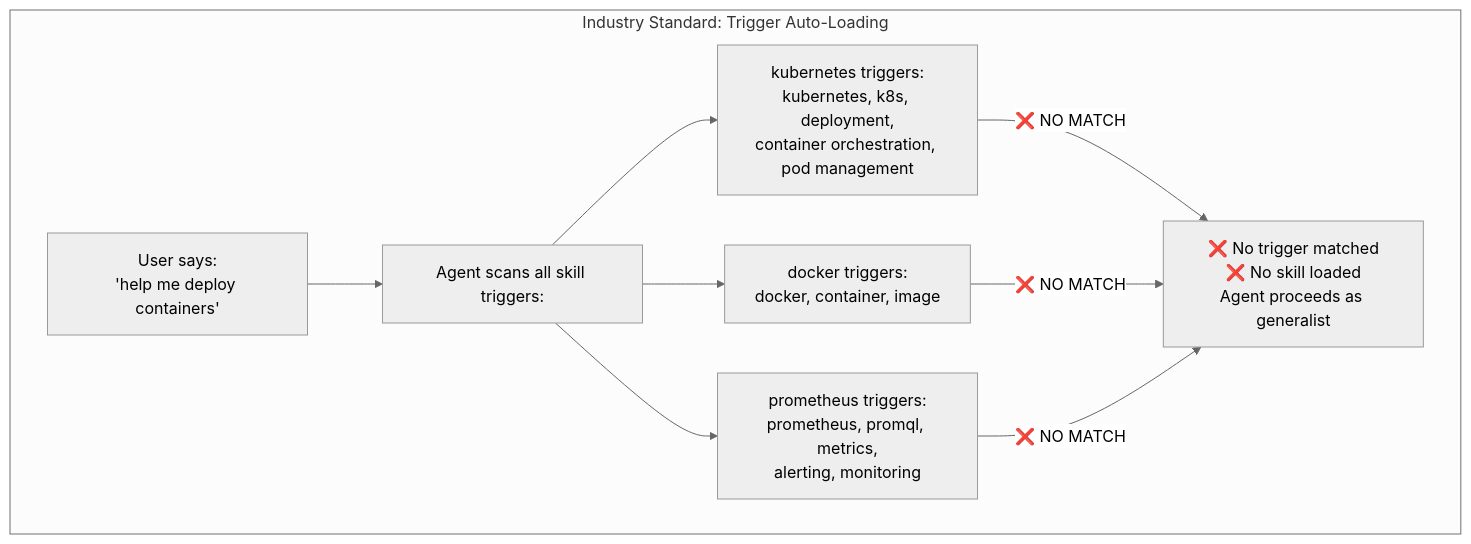
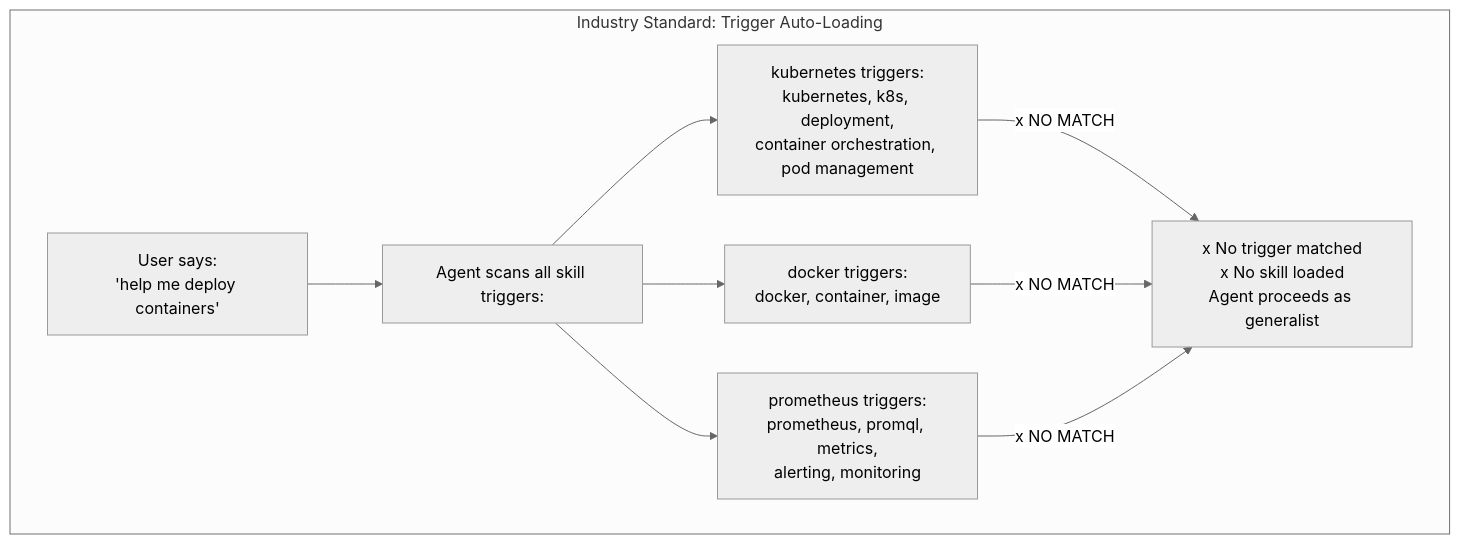
Before and after one commit to paulpas/agent-skill-router: the first of 10 diagrams in docs/skill-evolution.md, drawn with Mermaid (neutral theme). The commit also changed other lines of this file, not shown here.

Commit message:
docs: improve Mermaid diagrams per mermaid-diagrams skill guidelines — add alt-text descriptions, edge labels, YAML config, ASCII safety, and semantic styling

````diff
--- a/docs/skill-evolution.md
+++ b/docs/skill-evolution.md
@@ -93,20 +95,20 @@
 ```mermaid
 flowchart TD
     subgraph "Industry Standard: Trigger Auto-Loading"
         A["User says:<br/>'help me deploy containers'"]
         B["Agent scans all skill triggers:"]
         A --> B
         
         C["kubernetes triggers:<br/>kubernetes, k8s, deployment,<br/>container orchestration, pod management"]
         D["docker triggers:<br/>docker, container, image"]
         E["prometheus triggers:<br/>prometheus, promql, metrics,<br/>alerting, monitoring"]
         B --> C
         B --> D
         B --> E
         
-        F["❌ No trigger matched<br/>❌ No skill loaded<br/>Agent proceeds as generalist"]
-        C -->|❌ NO MATCH| F
-        D -->|❌ NO MATCH| F
-        E -->|❌ NO MATCH| F
+        F["x No trigger matched<br/>x No skill loaded<br/>Agent proceeds as generalist"]
+        C -->|"x NO MATCH"| F
+        D -->|"x NO MATCH"| F
+        E -->|"x NO MATCH"| F
     end
 ```
````
